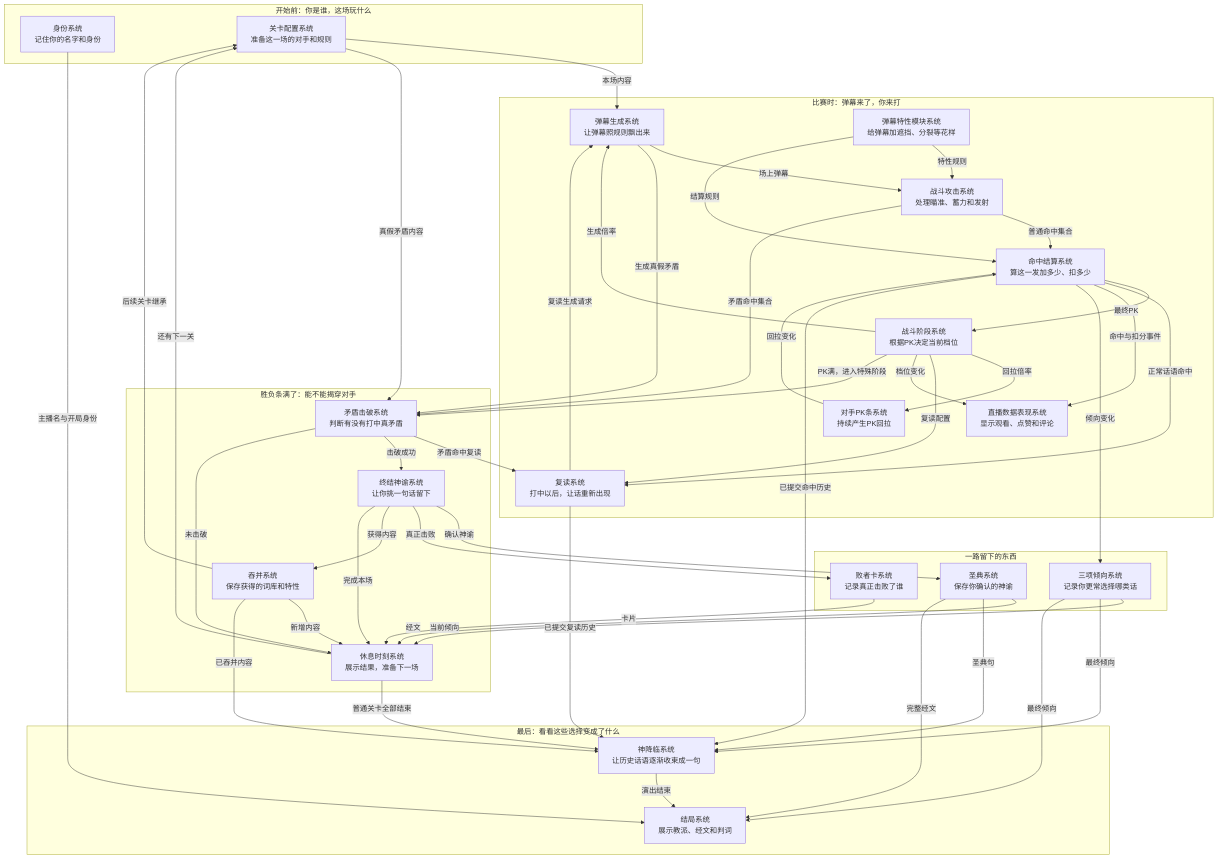
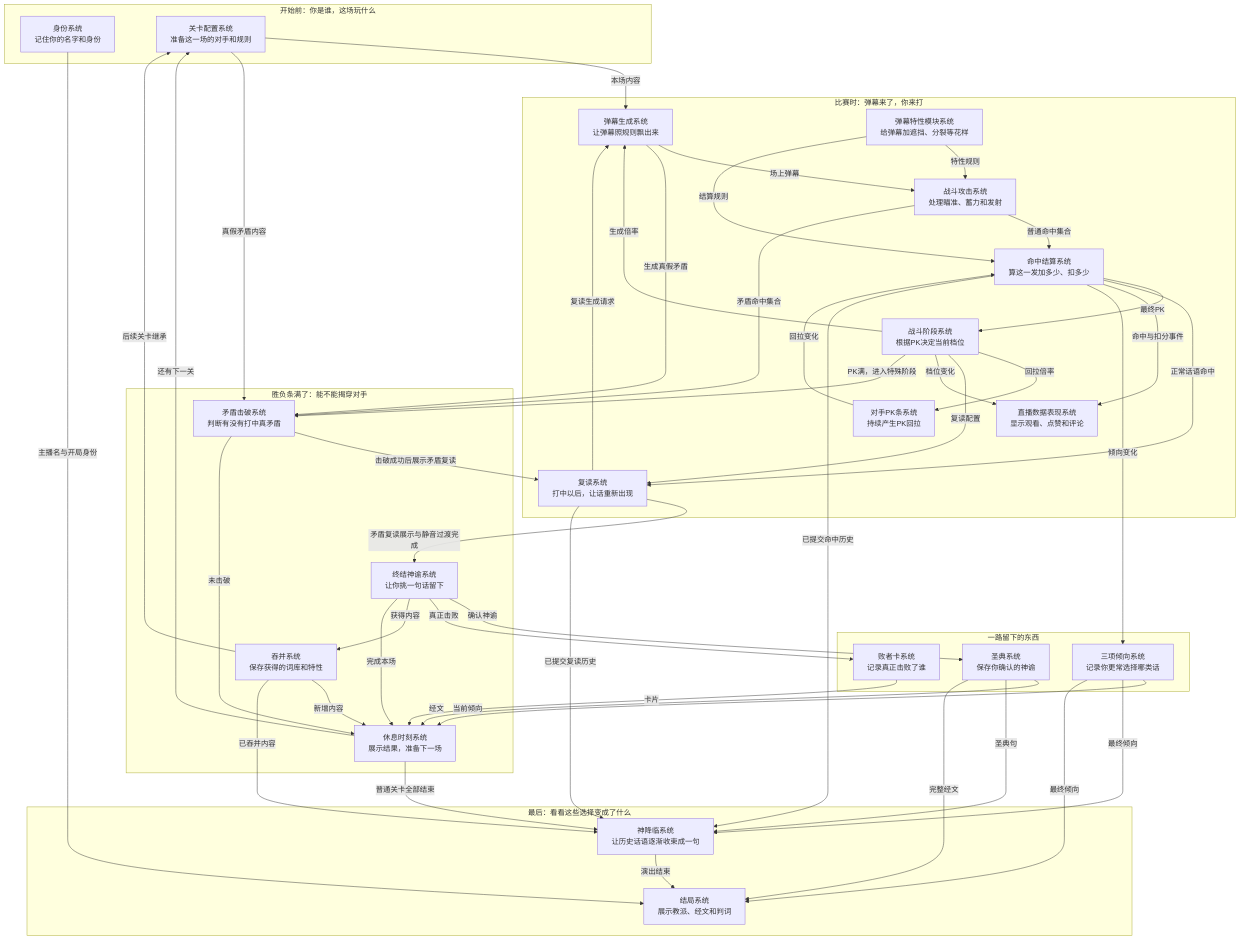
The diagram in docs/System_Collaboration.md (leetrav/Empty-start), drawn with Mermaid before and after one commit. The commit also changed other lines of this file, not shown here.

Commit message:
docs: clarify system ownership and shared flow rules

```diff
--- a/docs/System_Collaboration.md
+++ b/docs/System_Collaboration.md
@@ -672,8 +716,8 @@
     LEVEL -->|"真假矛盾内容"| TRUTH
     SPAWN -->|"生成真假矛盾"| TRUTH
     ATTACK -->|"矛盾命中集合"| TRUTH
-    TRUTH -->|"矛盾命中复读"| ECHO
-    TRUTH -->|"击破成功"| PICK
+    TRUTH -->|"击破成功后展示矛盾复读"| ECHO
+    ECHO -->|"矛盾复读展示与静音过渡完成"| PICK
     TRUTH -->|"未击破"| REST
 
     PICK -->|"确认神谕"| BOOK
```
